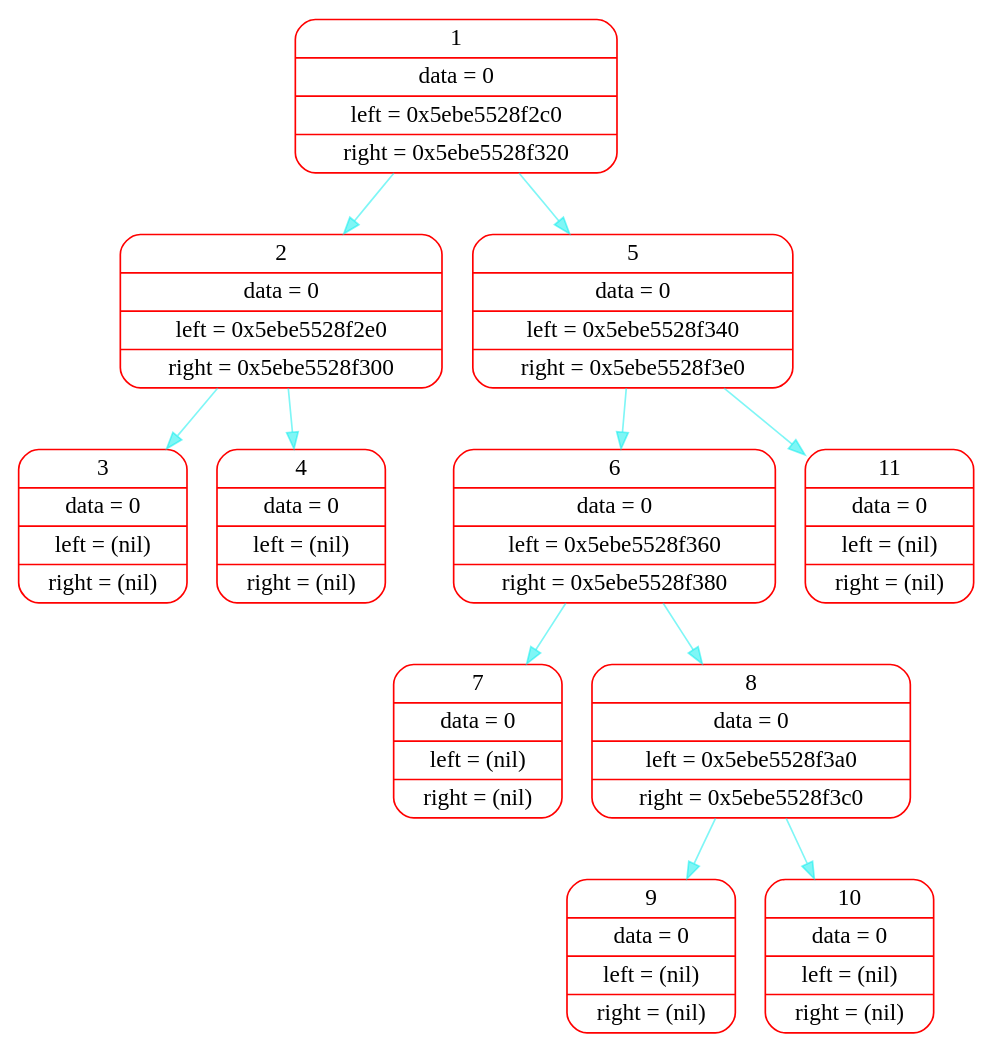
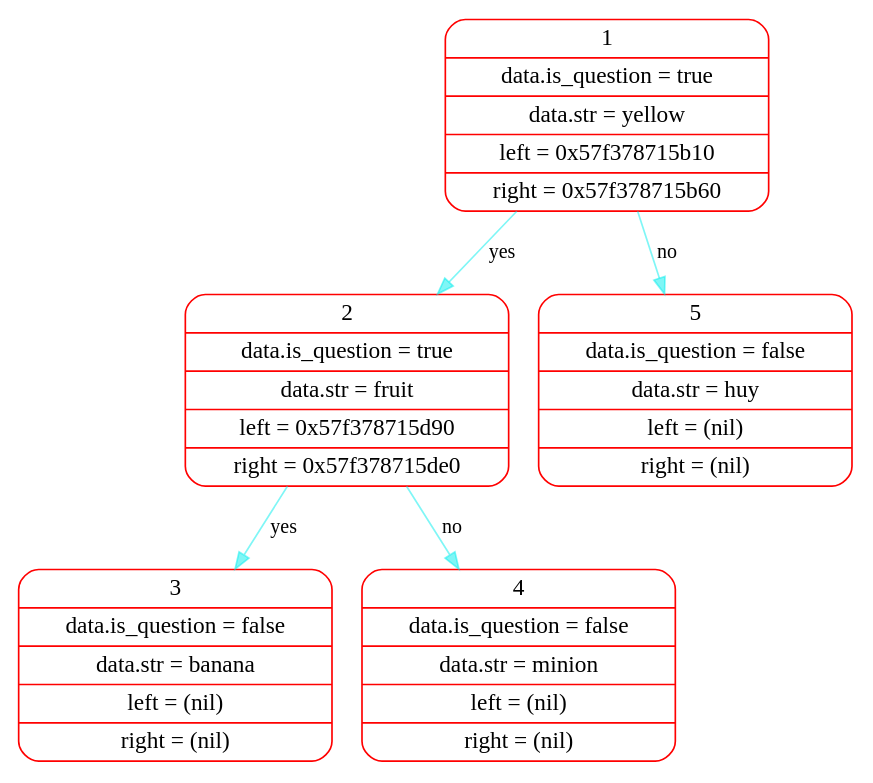
The diagram in logs/dot_files/001.dot (sevaphasol/akinator), drawn with Graphviz before and after one commit. The commit also changed 8 other files, not shown here.

```diff
--- a/logs/dot_files/001.dot
+++ b/logs/dot_files/001.dot
@@ -1,16 +1,10 @@
 digraph G{
 rankdir=HR;
 node[color="red",fontsize=14];
 edge[color="#00eeee80",fontsize=12, penwidth=1];
-elem1[shape="Mrecord", label="{ 1 | data = 0 | left = 0x5ebe5528f2c0 | right = 0x5ebe5528f320 }"];
-elem1->elem2;elem2[shape="Mrecord", label="{ 2 | data = 0 | left = 0x5ebe5528f2e0 | right = 0x5ebe5528f300 }"];
-elem2->elem3;elem3[shape="Mrecord", label="{ 3 | data = 0 | left = (nil) | right = (nil) }"];
-elem2->elem4;elem4[shape="Mrecord", label="{ 4 | data = 0 | left = (nil) | right = (nil) }"];
-elem1->elem5;elem5[shape="Mrecord", label="{ 5 | data = 0 | left = 0x5ebe5528f340 | right = 0x5ebe5528f3e0 }"];
-elem5->elem6;elem6[shape="Mrecord", label="{ 6 | data = 0 | left = 0x5ebe5528f360 | right = 0x5ebe5528f380 }"];
-elem6->elem7;elem7[shape="Mrecord", label="{ 7 | data = 0 | left = (nil) | right = (nil) }"];
-elem6->elem8;elem8[shape="Mrecord", label="{ 8 | data = 0 | left = 0x5ebe5528f3a0 | right = 0x5ebe5528f3c0 }"];
-elem8->elem9;elem9[shape="Mrecord", label="{ 9 | data = 0 | left = (nil) | right = (nil) }"];
-elem8->elem10;elem10[shape="Mrecord", label="{ 10 | data = 0 | left = (nil) | right = (nil) }"];
-elem5->elem11;elem11[shape="Mrecord", label="{ 11 | data = 0 | left = (nil) | right = (nil) }"];
+elem1[shape="Mrecord", label="{ 1 | data.is_question = true | data.str = yellow | left = 0x57f378715b10 | right = 0x57f378715b60 }"];
+elem1->elem2[label = "yes"];elem2[shape="Mrecord", label="{ 2 | data.is_question = true | data.str = fruit | left = 0x57f378715d90 | right = 0x57f378715de0 }"];
+elem2->elem3[label = "yes"];elem3[shape="Mrecord", label="{ 3 | data.is_question = false | data.str = banana | left = (nil) | right = (nil) }"];
+elem2->elem4[label = "no"];elem4[shape="Mrecord", label="{ 4 | data.is_question = false | data.str = minion | left = (nil) | right = (nil) }"];
+elem1->elem5[label = "no"];elem5[shape="Mrecord", label="{ 5 | data.is_question = false | data.str = huy | left = (nil) | right = (nil) }"];
 }
```
